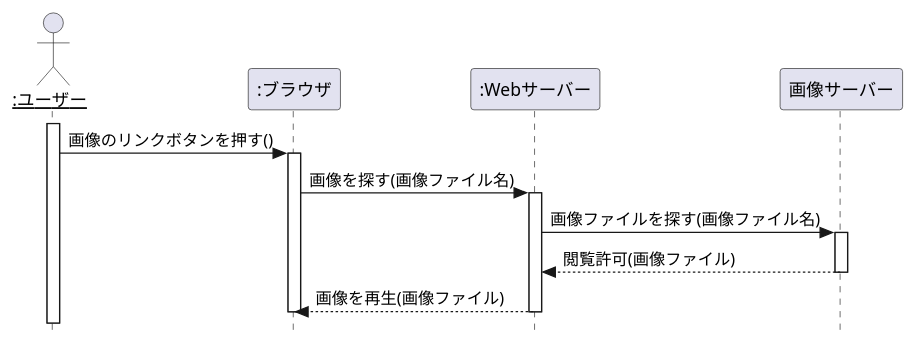
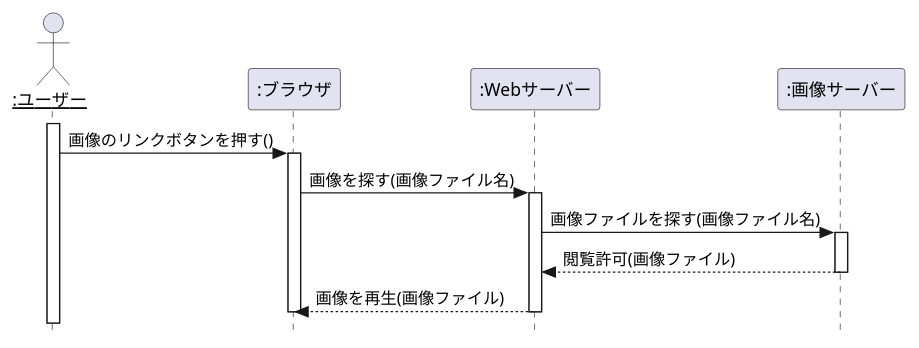
One commit to Takhshi/uml-introduction changed the diagram in 演習4-6_SD_Web画像検索.pu. Above: the diagram before and after it, drawn with PlantUML.

Commit message:
演習4-6の修正

```diff
--- a/演習4-6_SD_Web画像検索.pu
+++ b/演習4-6_SD_Web画像検索.pu
@@ -1,22 +1,22 @@
 @startuml Web画像検索
 hide footbox
 skinparam style strictuml
 actor "<U>:ユーザー</u>" as user
 participant ":ブラウザ" as browser
 participant ":Webサーバー" as server1
-participant "画像サーバー" as server2
+participant ":画像サーバー" as server2
 
 activate user
     user -> browser: 画像のリンクボタンを押す()
     activate browser
     browser -> server1: 画像を探す(画像ファイル名)
         activate server1
         server1 -> server2: 画像ファイルを探す(画像ファイル名)
         activate server2
         server1 <-- server2: 閲覧許可(画像ファイル)
         deactivate server2
         browser <-- server1: 画像を再生(画像ファイル)
         deactivate server1
     deactivate browser
 
 @enduml
```
